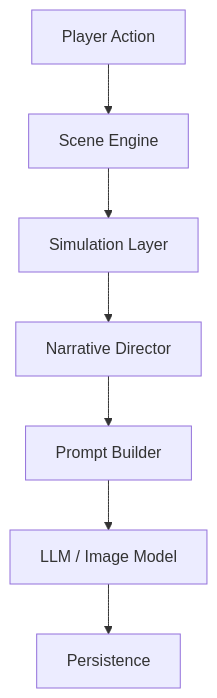
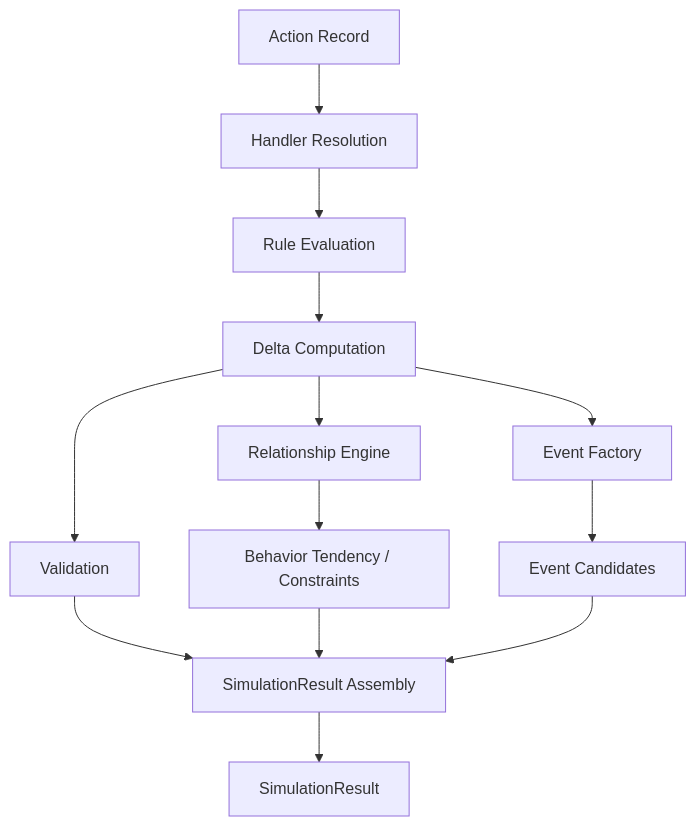
Before and after one commit to yueseyeyu/ai-narrative-rpg-engine: the third of 6 diagrams in docs/02_Architecture/Simulation_Layer_Blueprint.md, drawn with Mermaid. The commit also changed other lines of this file and 43 other files, not shown here.

Commit message:
feat: Architecture Baseline v1.0 Frozen + MVP-0 Validation (4/4 contract tests passing)

````diff
--- a/docs/02_Architecture/Simulation_Layer_Blueprint.md
+++ b/docs/02_Architecture/Simulation_Layer_Blueprint.md
@@ -126,9 +376,15 @@
 ```mermaid
 flowchart TD
-    A[Player Action] --> B[Scene Engine]
-    B --> C[Simulation Layer]
-    C --> D[Narrative Director]
-    D --> E[Prompt Builder]
-    E --> F[LLM / Image Model]
-    F --> G[Persistence]
+    AR[Action Record] --> HR[Handler Resolution]
+    HR --> RE[Rule Evaluation]
+    RE --> DC[Delta Computation]
+    DC --> RE2[Relationship Engine]
+    RE2 --> BT[Behavior Tendency / Constraints]
+    DC --> EF[Event Factory]
+    EF --> EC[Event Candidates]
+    DC --> VAL[Validation]
+    VAL --> SRA[SimulationResult Assembly]
+    BT --> SRA
+    EC --> SRA
+    SRA --> SR[SimulationResult]
 ```
````
